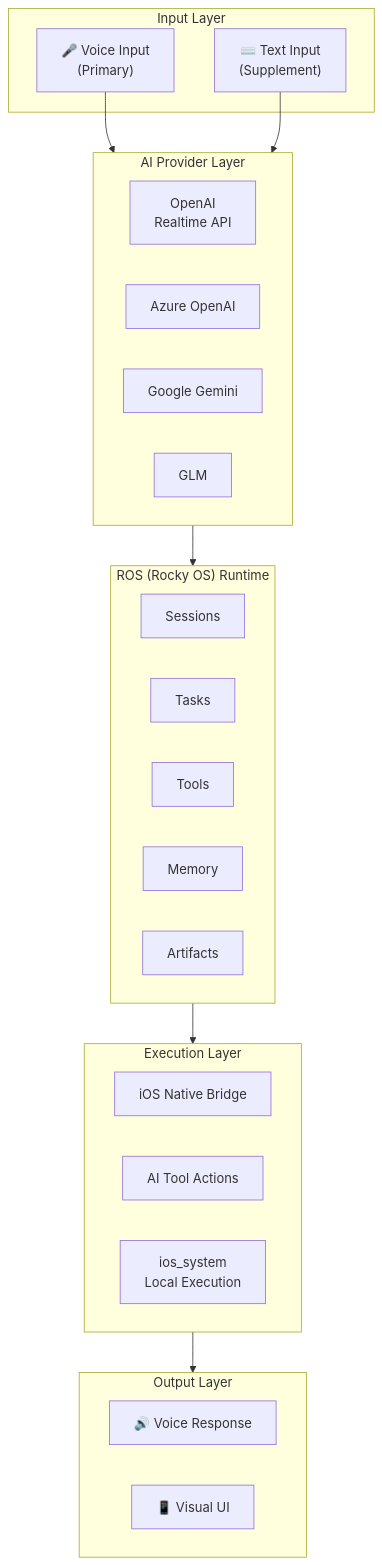
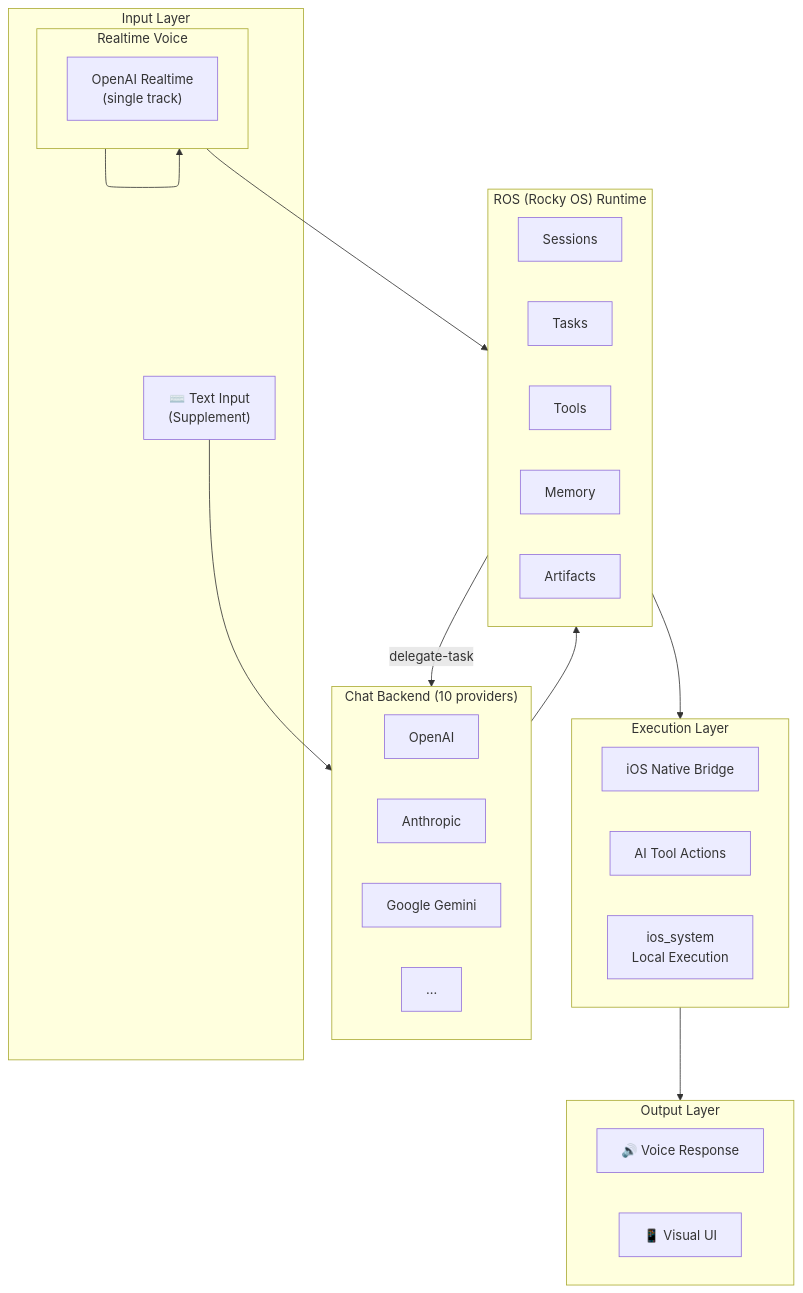
One commit to openrocky/openrocky.github.io changed the first of 4 diagrams in docs/architecture.md. Above: the diagram before and after it, drawn with Mermaid. The commit also changed other lines of this file and 7 other files, not shown here.

First line of the commit message:
docs: sync to single-track voice architecture

````diff
--- a/docs/architecture.md
+++ b/docs/architecture.md
@@ -13,39 +13,45 @@
 ```mermaid
 graph TB
     subgraph Input["Input Layer"]
         Voice["🎤 Voice Input<br/>(Primary)"]
         Text["⌨️ Text Input<br/>(Supplement)"]
     end
 
-    subgraph Provider["AI Provider Layer"]
-        OpenAI["OpenAI<br/>Realtime API"]
-        Azure["Azure OpenAI"]
+    subgraph Voice["Realtime Voice"]
+        OpenAIRT["OpenAI Realtime<br/>(single track)"]
+    end
+
+    subgraph Chat["Chat Backend (10 providers)"]
+        OpenAI["OpenAI"]
+        Anthropic["Anthropic"]
         Gemini["Google Gemini"]
-        GLM["GLM"]
+        Other["…"]
     end
 
     subgraph ROS["ROS (Rocky OS) Runtime"]
         Session["Sessions"]
         Task["Tasks"]
         Tools["Tools"]
         Memory["Memory"]
         Artifacts["Artifacts"]
     end
 
     subgraph Execution["Execution Layer"]
         Bridge["iOS Native Bridge"]
         AITool["AI Tool Actions"]
         Local["ios_system<br/>Local Execution"]
     end
 
     subgraph Output["Output Layer"]
         VoiceOut["🔊 Voice Response"]
         Visual["📱 Visual UI"]
     end
 
-    Voice --> Provider
-    Text --> Provider
-    Provider --> ROS
+    Voice --> Voice
+    Text --> Chat
+    Voice --> ROS
+    ROS -->|delegate-task| Chat
+    Chat --> ROS
     ROS --> Execution
     Execution --> Output
 ```
````
